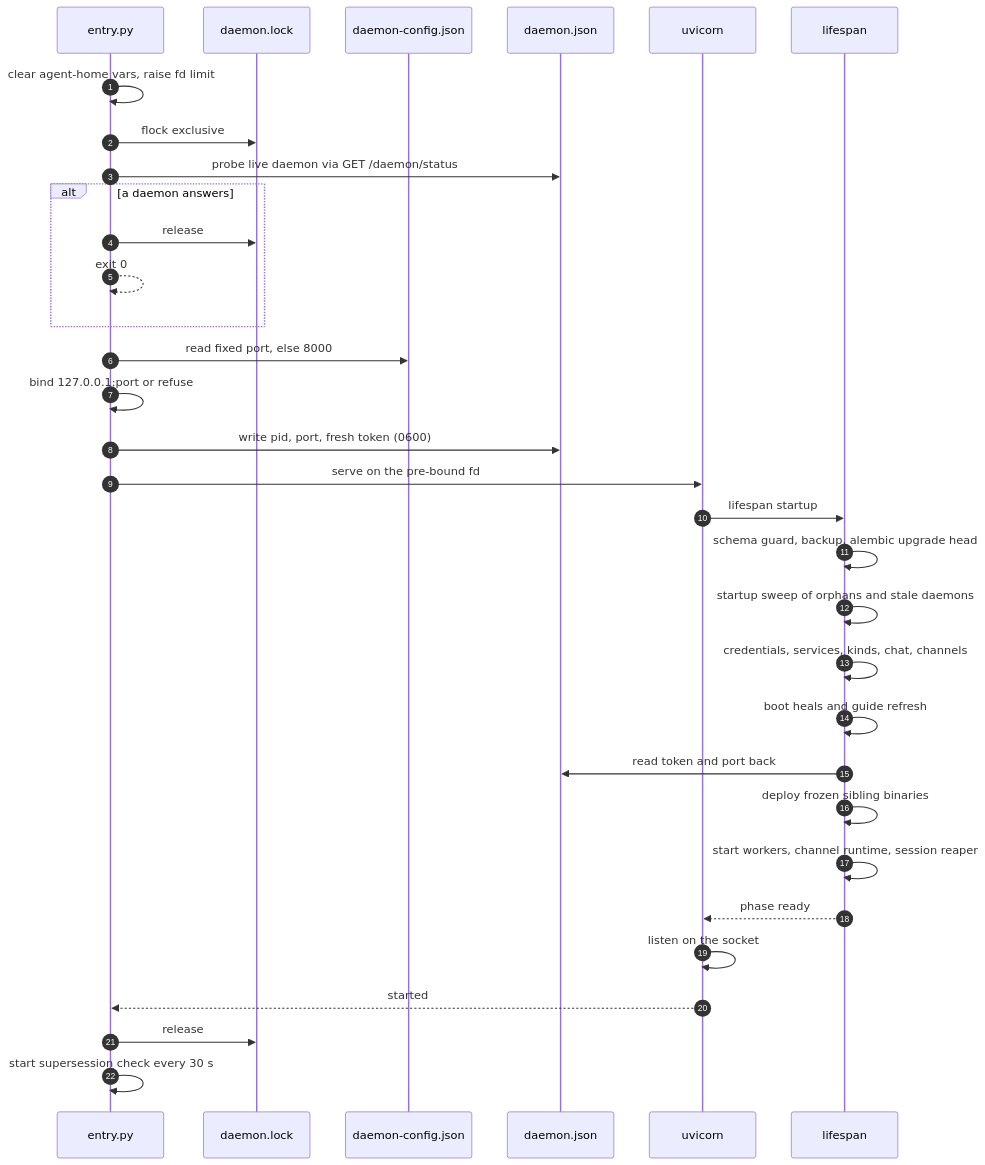
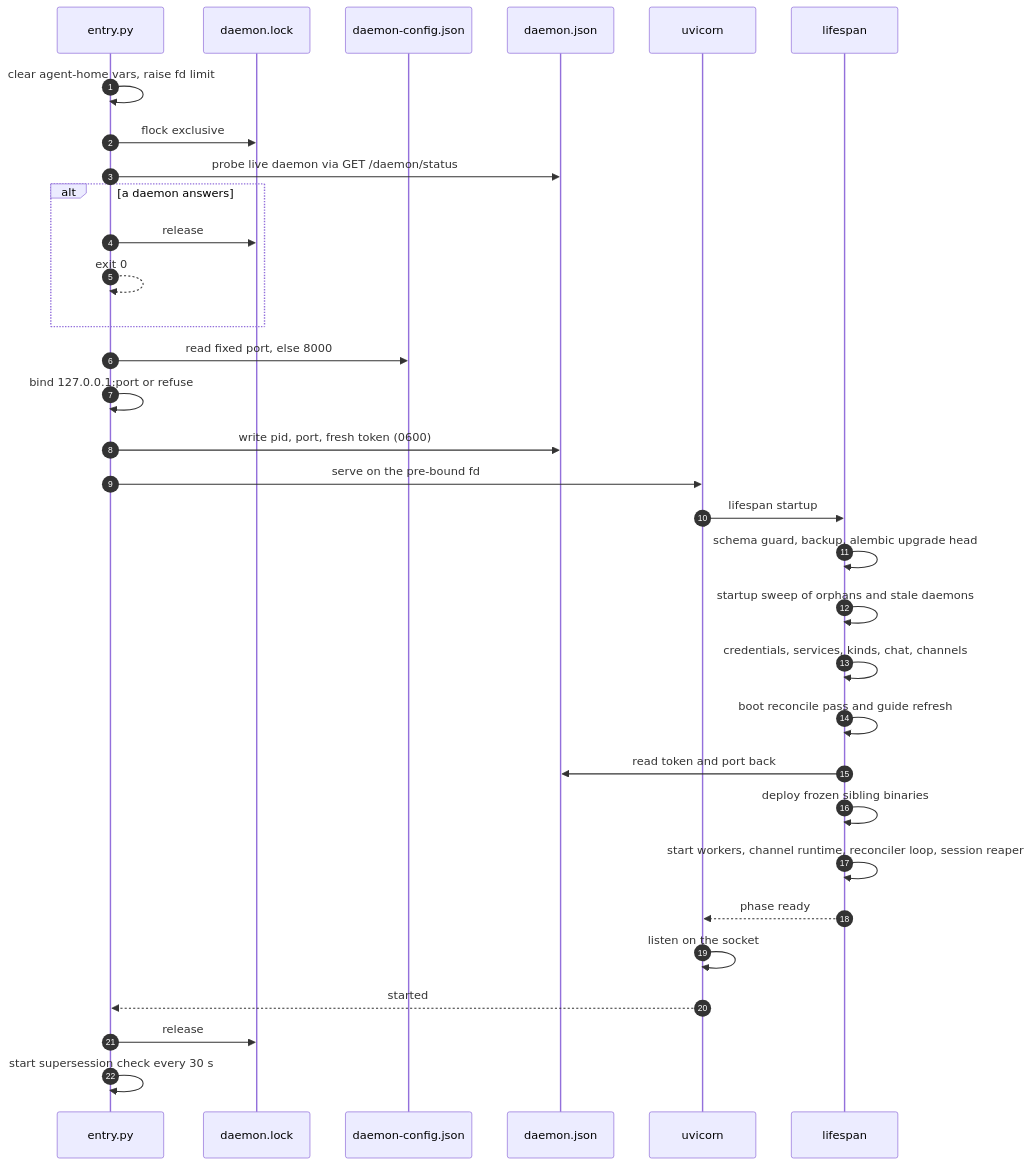
Before and after one commit to wyx-sg/Coffer: the second of 4 diagrams in docs-site/architecture/daemon.md, drawn with Mermaid. The commit also changed 148 other files, not shown here.

````diff
--- a/docs-site/architecture/daemon.md
+++ b/docs-site/architecture/daemon.md
@@ -103,34 +103,34 @@
 ```mermaid
 sequenceDiagram
   autonumber
   participant E as entry.py
   participant L as daemon.lock
   participant C as daemon-config.json
   participant J as daemon.json
   participant U as uvicorn
   participant A as lifespan
   E->>E: clear agent-home vars, raise fd limit
   E->>L: flock exclusive
   E->>J: probe live daemon via GET /daemon/status
   alt a daemon answers
     E->>L: release
     E-->>E: exit 0
   end
   E->>C: read fixed port, else 8000
   E->>E: bind 127.0.0.1:port or refuse
   E->>J: write pid, port, fresh token (0600)
   E->>U: serve on the pre-bound fd
   U->>A: lifespan startup
   A->>A: schema guard, backup, alembic upgrade head
   A->>A: startup sweep of orphans and stale daemons
   A->>A: credentials, services, kinds, chat, channels
-  A->>A: boot heals and guide refresh
+  A->>A: boot reconcile pass and guide refresh
   A->>J: read token and port back
   A->>A: deploy frozen sibling binaries
-  A->>A: start workers, channel runtime, session reaper
+  A->>A: start workers, channel runtime, reconciler loop, session reaper
   A-->>U: phase ready
   U->>U: listen on the socket
   U-->>E: started
   E->>L: release
   E->>E: start supersession check every 30 s
 ```
````
